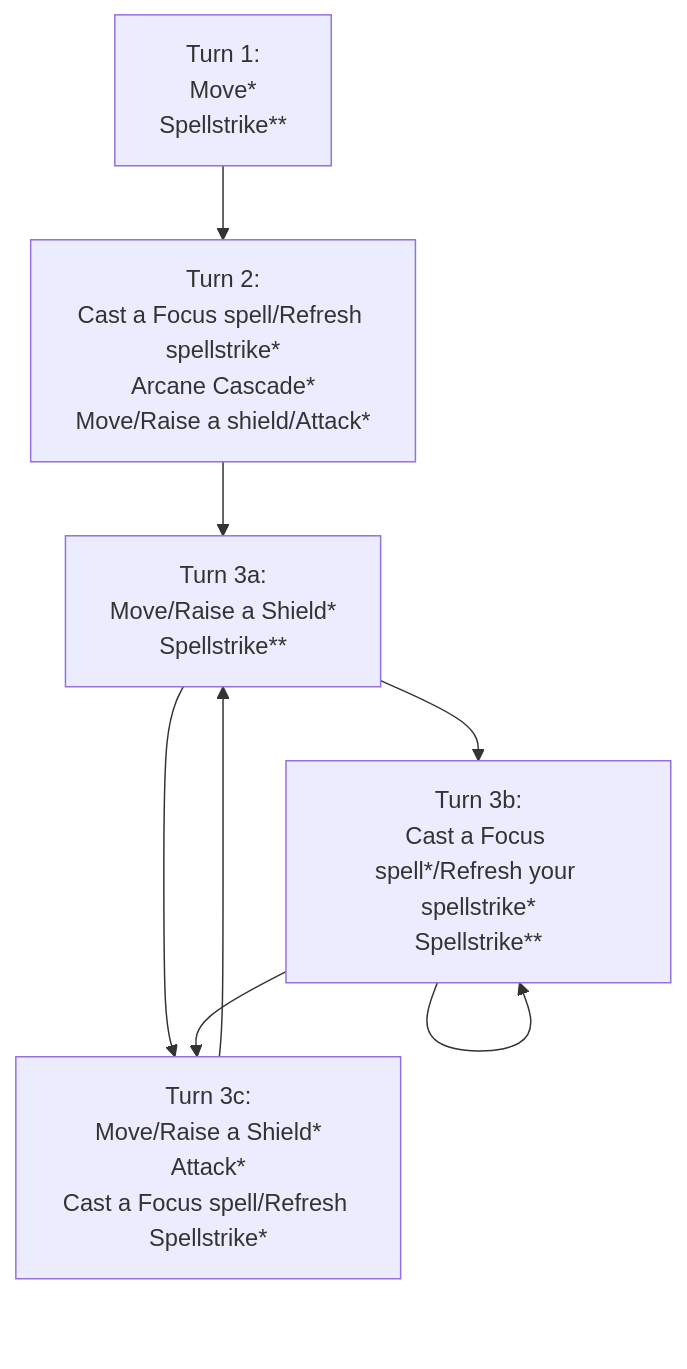
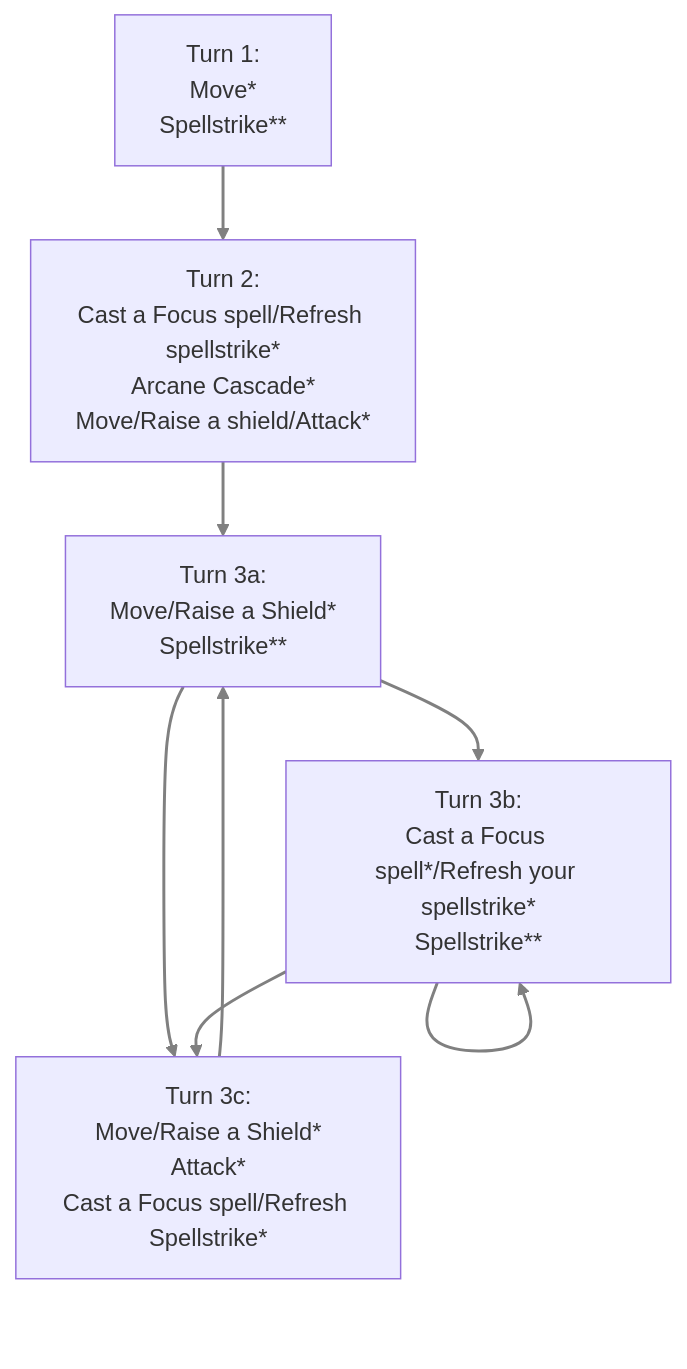
Before and after one commit to Zwemvest/QuestForTheFrozenFlame: the diagram in docs/Playing_Notes/Personal_Notes/Rotation_Cheatsheet.md, drawn with Mermaid.

Commit message:
added styling

````diff
--- a/docs/Playing_Notes/Personal_Notes/Rotation_Cheatsheet.md
+++ b/docs/Playing_Notes/Personal_Notes/Rotation_Cheatsheet.md
@@ -2,16 +2,18 @@
 ```mermaid
 graph
   1[Turn 1:</br> Move*</br>Spellstrike**];
   2[Turn 2:</br>Cast a Focus spell/Refresh spellstrike*</br>Arcane Cascade*</br>Move/Raise a shield/Attack*];
   3a[Turn 3a:</br>Move/Raise a Shield*</br>Spellstrike**]
   3b[Turn 3c:</br>Move/Raise a Shield*</br>Attack*</br>Cast a Focus spell/Refresh Spellstrike*]
   3c[Turn 3b:</br>Cast a Focus spell*/Refresh your spellstrike*</br>Spellstrike**]
   1-->2;
   2 -->3a;
   3a --> 3b;
   3b --> 3a;
   3c --> 3c;
   3a --> 3c;
   3c --> 3b;
-  
+
+linkStyle default stroke-width:2px,fill:none,stroke:gray;
+
 ```
````
